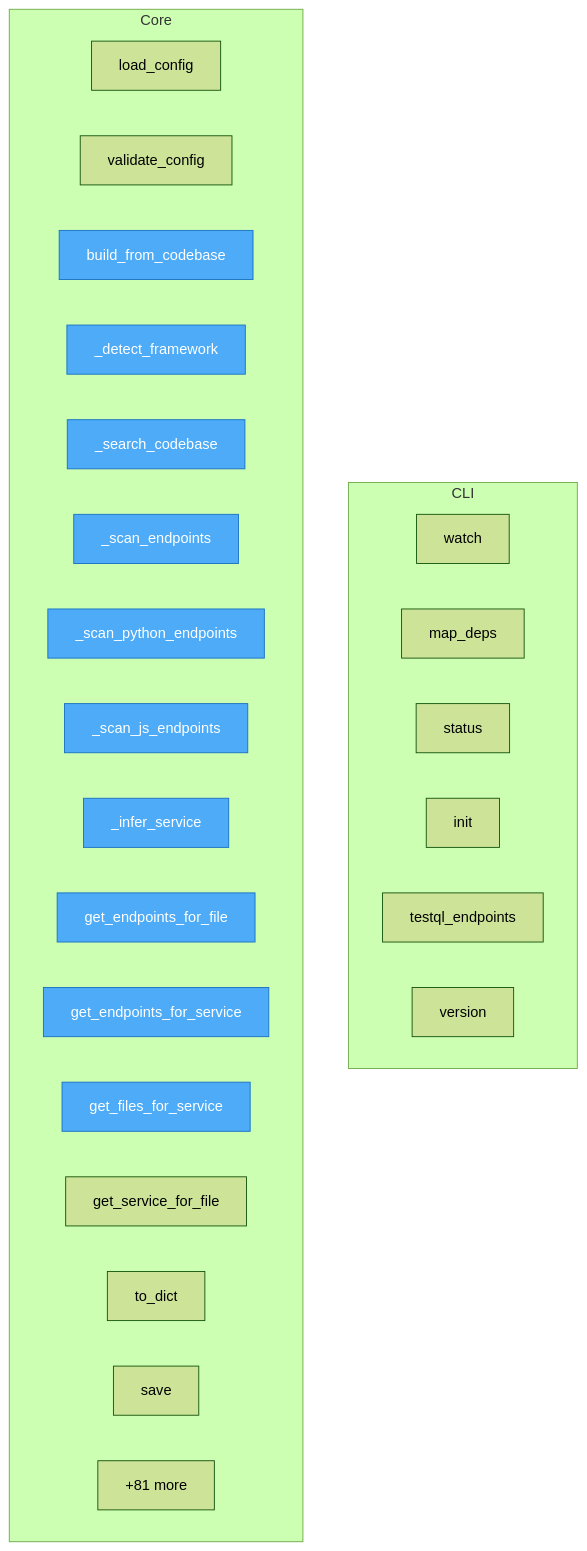
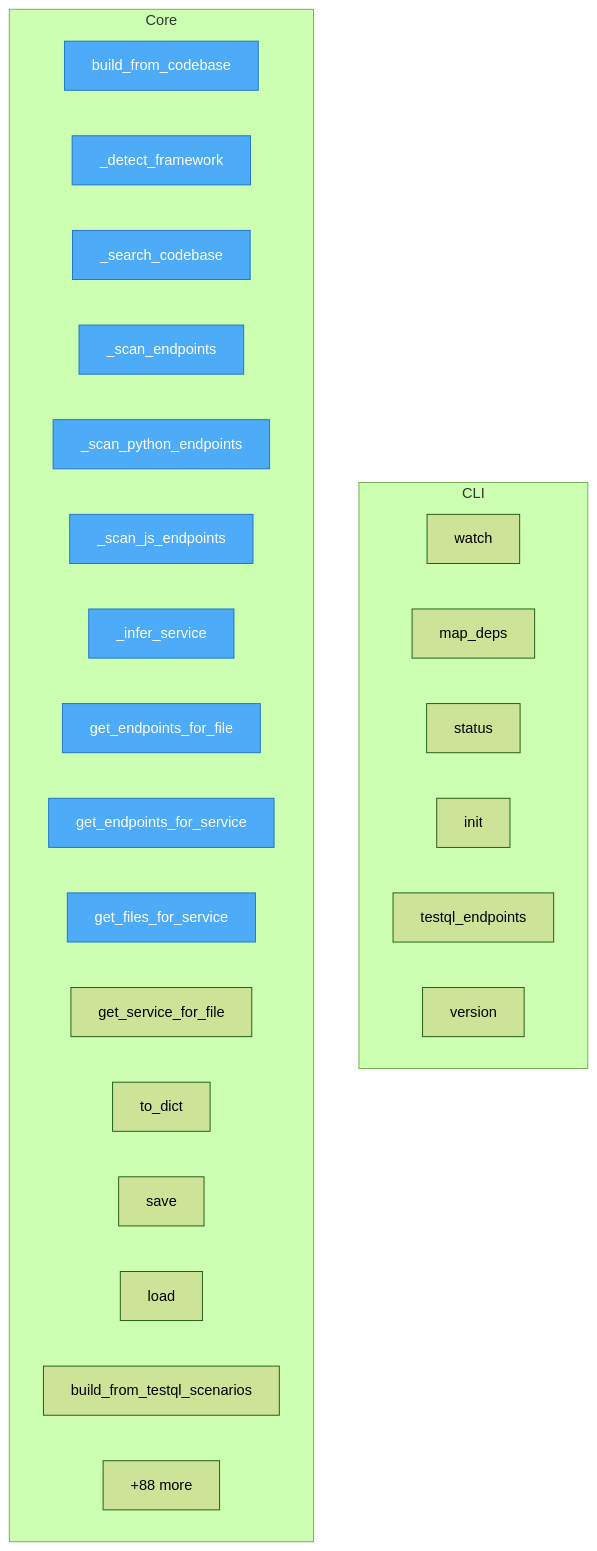
One commit to semcod/wup changed the diagram in project/flow.mmd. Above: the diagram before and after it, drawn with Mermaid (forest theme). The commit also changed 51 other files, not shown here.

```diff
--- a/project/flow.mmd
+++ b/project/flow.mmd
@@ -1,34 +1,34 @@
 flowchart TD
 
     %% Entry points (blue)
     classDef entry fill:#4dabf7,stroke:#1971c2,color:#fff
 
     subgraph CLI
         wup__cli__watch["watch"]
         wup__cli__map_deps["map_deps"]
         wup__cli__status["status"]
         wup__cli__init["init"]
         wup__cli__testql_endpoints["testql_endpoints"]
         wup__cli__version["version"]
     end
 
     subgraph Core
-        wup__config__load_config["load_config"]
-        wup__config__validate_config["validate_config"]
         wup__dependency_mapper__DependencyMapper__build_from_codebase["build_from_codebase"]
         wup__dependency_mapper__DependencyMapper___detect_framework["_detect_framework"]
         wup__dependency_mapper__DependencyMapper___search_codebase["_search_codebase"]
         wup__dependency_mapper__DependencyMapper___scan_endpoints["_scan_endpoints"]
         wup__dependency_mapper__DependencyMapper___scan_python_endpoints["_scan_python_endpoints"]
         wup__dependency_mapper__DependencyMapper___scan_js_endpoints["_scan_js_endpoints"]
         wup__dependency_mapper__DependencyMapper___infer_service["_infer_service"]
         wup__dependency_mapper__DependencyMapper__get_endpoints_for_file["get_endpoints_for_file"]
         wup__dependency_mapper__DependencyMapper__get_endpoints_for_service["get_endpoints_for_service"]
         wup__dependency_mapper__DependencyMapper__get_files_for_service["get_files_for_service"]
         wup__dependency_mapper__DependencyMapper__get_service_for_file["get_service_for_file"]
         wup__dependency_mapper__DependencyMapper__to_dict["to_dict"]
         wup__dependency_mapper__DependencyMapper__save["save"]
-        ...["+81 more"]
+        wup__dependency_mapper__DependencyMapper__load["load"]
+        wup__dependency_mapper__DependencyMapper__build_from_testql_scenarios["build_from_testql_scenarios"]
+        ...["+88 more"]
     end
 
     class wup__dependency_mapper__DependencyMapper__build_from_codebase,wup__dependency_mapper__DependencyMapper___detect_framework,wup__dependency_mapper__DependencyMapper___search_codebase,wup__dependency_mapper__DependencyMapper___scan_endpoints,wup__dependency_mapper__DependencyMapper___scan_python_endpoints,wup__dependency_mapper__DependencyMapper___scan_js_endpoints,wup__dependency_mapper__DependencyMapper___infer_service,wup__dependency_mapper__DependencyMapper__get_endpoints_for_file,wup__dependency_mapper__DependencyMapper__get_endpoints_for_service,wup__dependency_mapper__DependencyMapper__get_files_for_service entry
```
